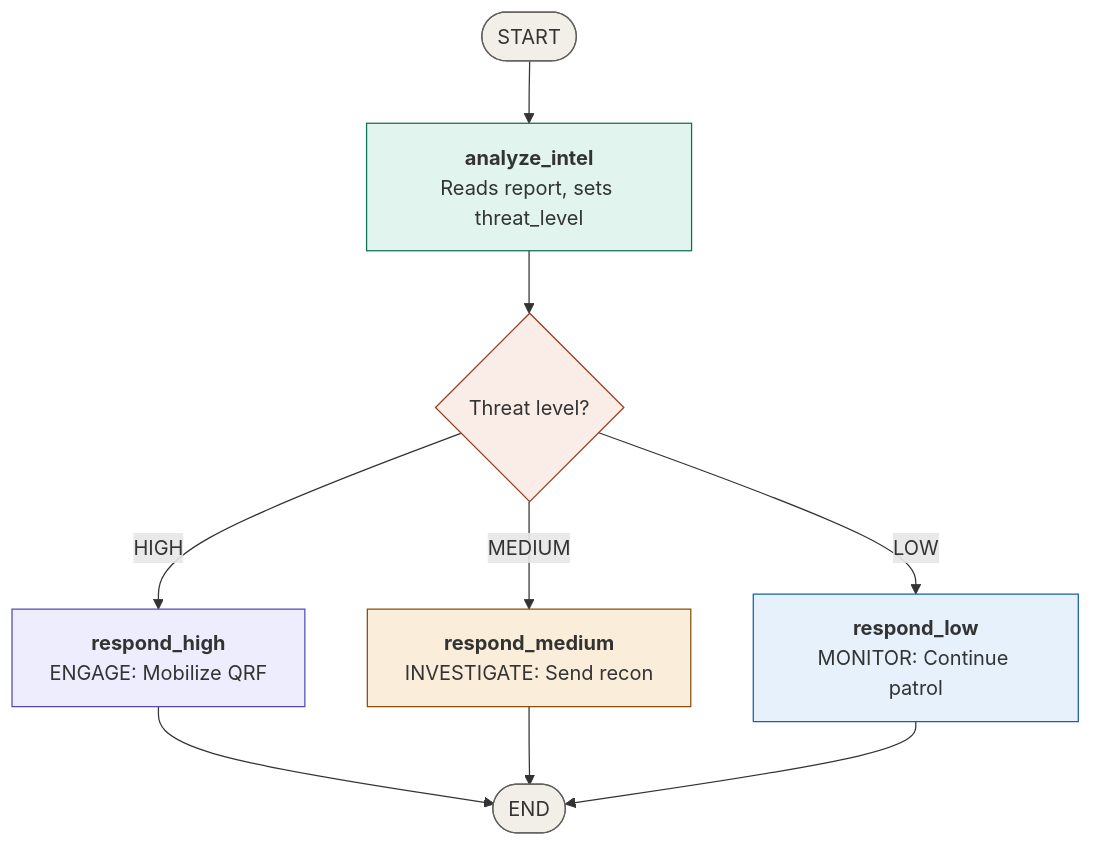
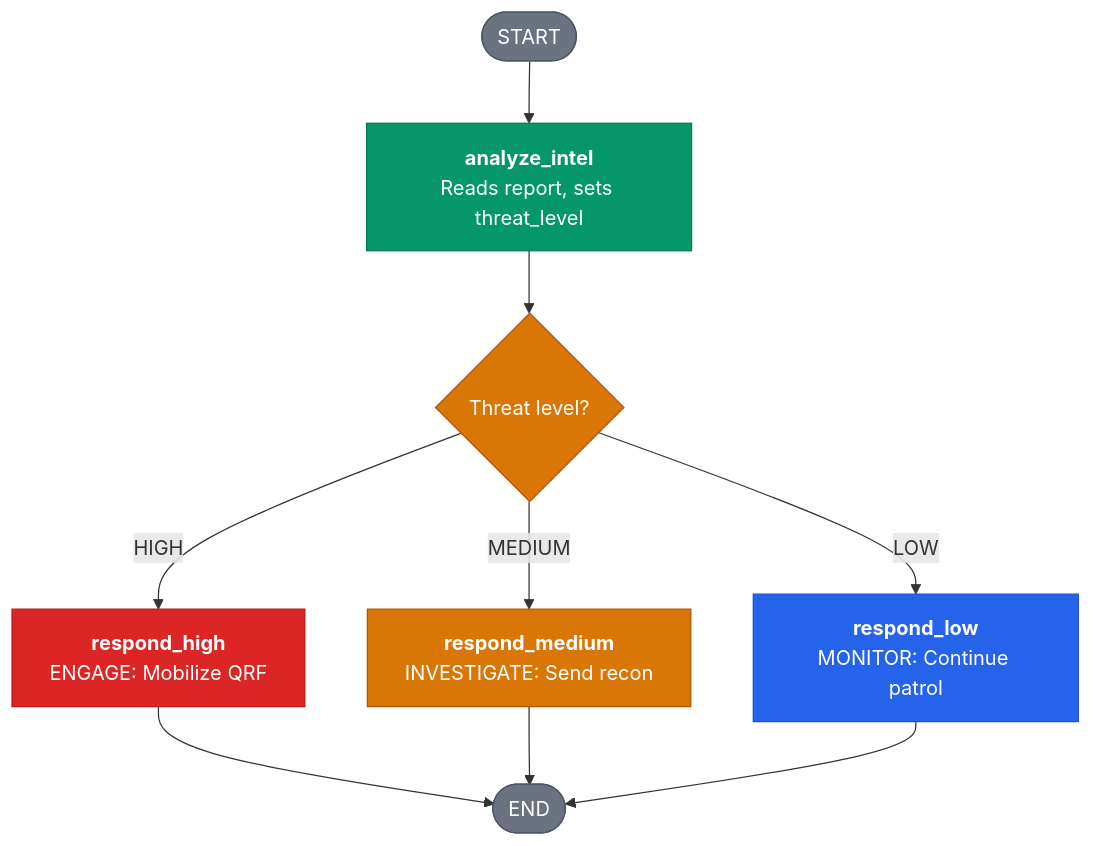
The first of 6 diagrams in LangGraph_3_Easy_Steps.md (Kaden-G/LangGraph_3_Easy_Steps), drawn with Mermaid before and after one commit. The commit also changed other lines of this file and 6 other files, not shown here.

````diff
--- a/LangGraph_3_Easy_Steps.md
+++ b/LangGraph_3_Easy_Steps.md
@@ -38,26 +38,26 @@
 ```mermaid
 flowchart TD
     START([START]) --> analyze["`**analyze_intel**
     Reads report, sets threat_level`"]
     
     analyze --> decision{Threat level?}
     
     decision -->|HIGH| high["`**respond_high**
     ENGAGE: Mobilize QRF`"]
     decision -->|MEDIUM| med["`**respond_medium**
     INVESTIGATE: Send recon`"]
     decision -->|LOW| low["`**respond_low**
     MONITOR: Continue patrol`"]
     
     high --> END([END])
     med --> END
     low --> END
 
-    style START fill:#f1efe8,stroke:#5f5e5a
-    style END fill:#f1efe8,stroke:#5f5e5a
-    style analyze fill:#e1f5ee,stroke:#0f6e56
-    style decision fill:#faece7,stroke:#993c1d
-    style high fill:#eeedfe,stroke:#534ab7
-    style med fill:#faeeda,stroke:#854f0b
-    style low fill:#e6f1fb,stroke:#185fa5
+    style START fill:#6B7280,stroke:#4B5563,color:#FFFFFF
+    style END fill:#6B7280,stroke:#4B5563,color:#FFFFFF
+    style analyze fill:#059669,stroke:#047857,color:#FFFFFF
+    style decision fill:#D97706,stroke:#B45309,color:#FFFFFF
+    style high fill:#DC2626,stroke:#B91C1C,color:#FFFFFF
+    style med fill:#D97706,stroke:#B45309,color:#FFFFFF
+    style low fill:#2563EB,stroke:#1D4ED8,color:#FFFFFF
 ```
````
